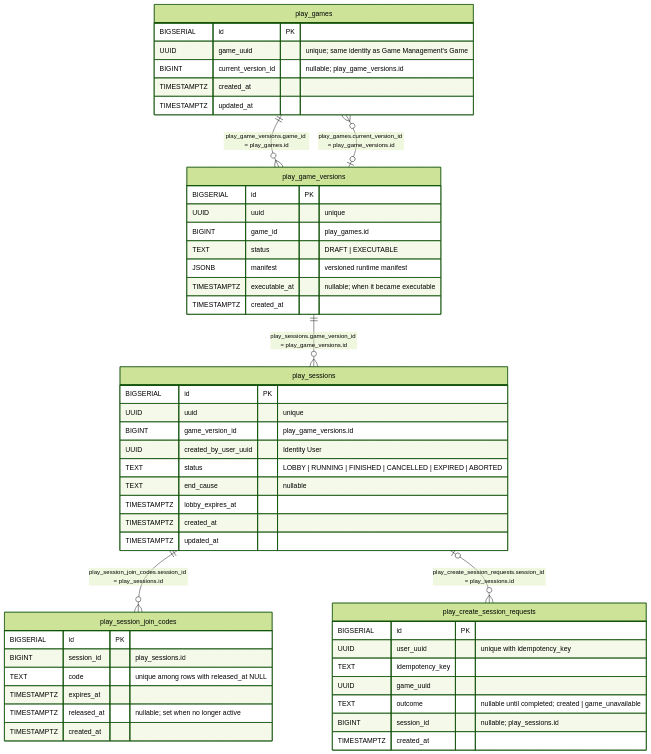
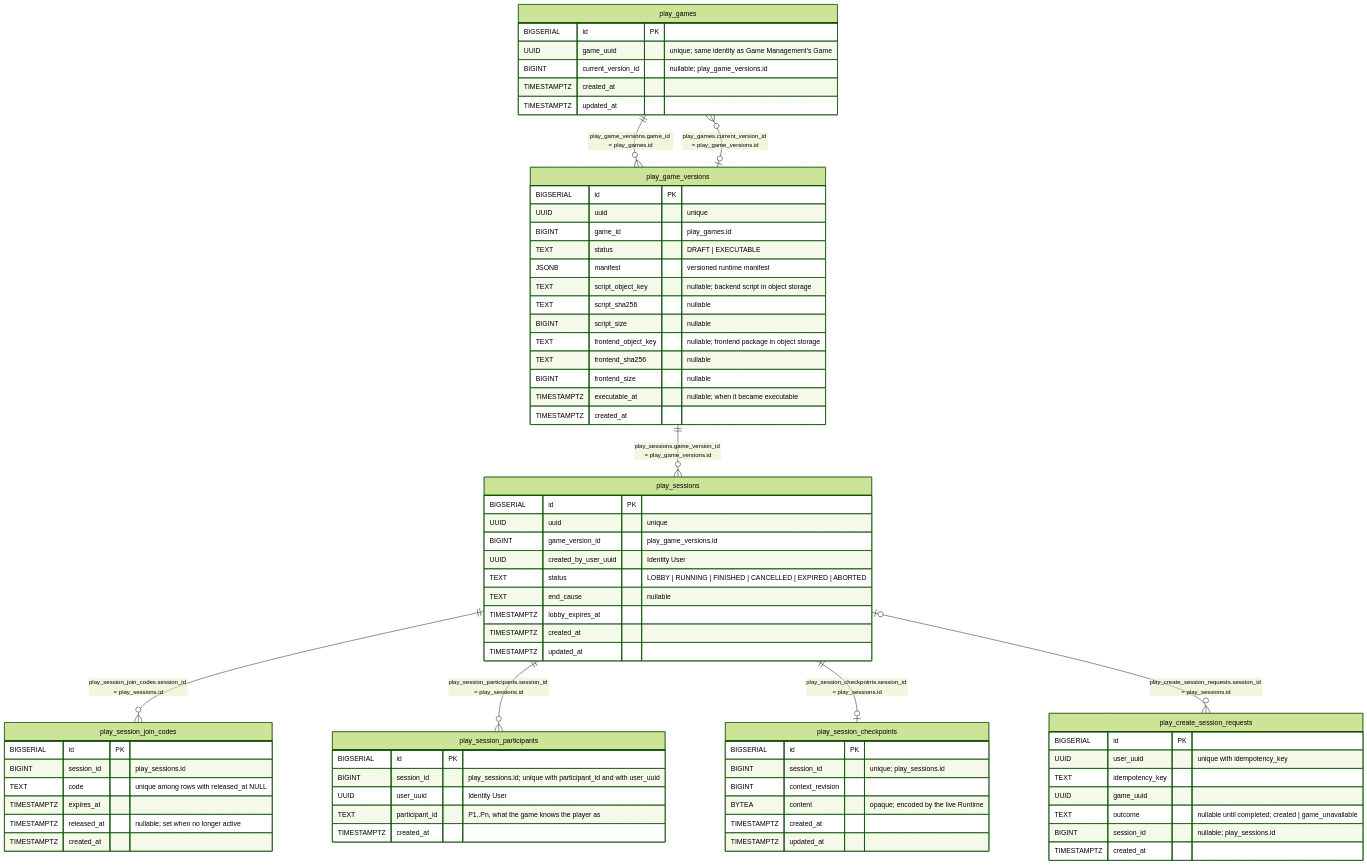
Before and after one commit to diegobermudez03/playhoot: the diagram in play/docs/DATA_MODEL.md, drawn with Mermaid (forest theme). The commit also changed other lines of this file and 67 other files, not shown here.

````diff
--- a/play/docs/DATA_MODEL.md
+++ b/play/docs/DATA_MODEL.md
@@ -7,53 +7,76 @@
 ```mermaid
 erDiagram
     play_games {
         BIGSERIAL id PK
         UUID game_uuid "unique; same identity as Game Management's Game"
         BIGINT current_version_id "nullable; play_game_versions.id"
         TIMESTAMPTZ created_at
         TIMESTAMPTZ updated_at
     }
     play_game_versions {
         BIGSERIAL id PK
         UUID uuid "unique"
         BIGINT game_id "play_games.id"
         TEXT status "DRAFT | EXECUTABLE"
         JSONB manifest "versioned runtime manifest"
+        TEXT script_object_key "nullable; backend script in object storage"
+        TEXT script_sha256 "nullable"
+        BIGINT script_size "nullable"
+        TEXT frontend_object_key "nullable; frontend package in object storage"
+        TEXT frontend_sha256 "nullable"
+        BIGINT frontend_size "nullable"
         TIMESTAMPTZ executable_at "nullable; when it became executable"
         TIMESTAMPTZ created_at
     }
     play_sessions {
         BIGSERIAL id PK
         UUID uuid "unique"
         BIGINT game_version_id "play_game_versions.id"
         UUID created_by_user_uuid "Identity User"
         TEXT status "LOBBY | RUNNING | FINISHED | CANCELLED | EXPIRED | ABORTED"
         TEXT end_cause "nullable"
         TIMESTAMPTZ lobby_expires_at
         TIMESTAMPTZ created_at
         TIMESTAMPTZ updated_at
     }
     play_session_join_codes {
         BIGSERIAL id PK
         BIGINT session_id "play_sessions.id"
         TEXT code "unique among rows with released_at NULL"
         TIMESTAMPTZ expires_at
         TIMESTAMPTZ released_at "nullable; set when no longer active"
         TIMESTAMPTZ created_at
     }
+    play_session_participants {
+        BIGSERIAL id PK
+        BIGINT session_id "play_sessions.id; unique with participant_id and with user_uuid"
+        UUID user_uuid "Identity User"
+        TEXT participant_id "P1..Pn, what the game knows the player as"
+        TIMESTAMPTZ created_at
+    }
+    play_session_checkpoints {
+        BIGSERIAL id PK
+        BIGINT session_id "unique; play_sessions.id"
+        BIGINT context_revision
+        BYTEA content "opaque; encoded by the live Runtime"
+        TIMESTAMPTZ created_at
+        TIMESTAMPTZ updated_at
+    }
     play_create_session_requests {
         BIGSERIAL id PK
         UUID user_uuid "unique with idempotency_key"
         TEXT idempotency_key
         UUID game_uuid
         TEXT outcome "nullable until completed; created | game_unavailable"
         BIGINT session_id "nullable; play_sessions.id"
         TIMESTAMPTZ created_at
     }
 
     play_games ||--o{ play_game_versions : "play_game_versions.game_id = play_games.id"
     play_games }o--o| play_game_versions : "play_games.current_version_id = play_game_versions.id"
     play_game_versions ||--o{ play_sessions : "play_sessions.game_version_id = play_game_versions.id"
     play_sessions ||--o{ play_session_join_codes : "play_session_join_codes.session_id = play_sessions.id"
+    play_sessions ||--o{ play_session_participants : "play_session_participants.session_id = play_sessions.id"
+    play_sessions ||--o| play_session_checkpoints : "play_session_checkpoints.session_id = play_sessions.id"
     play_sessions |o--o{ play_create_session_requests : "play_create_session_requests.session_id = play_sessions.id"
 ```
````
